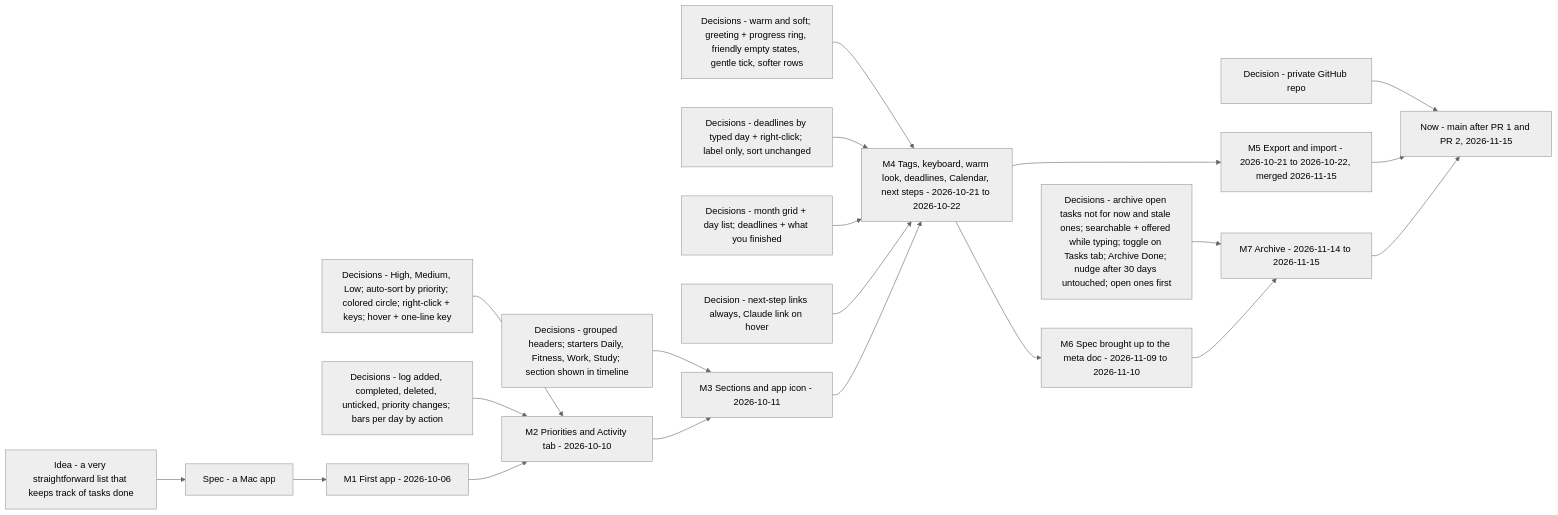
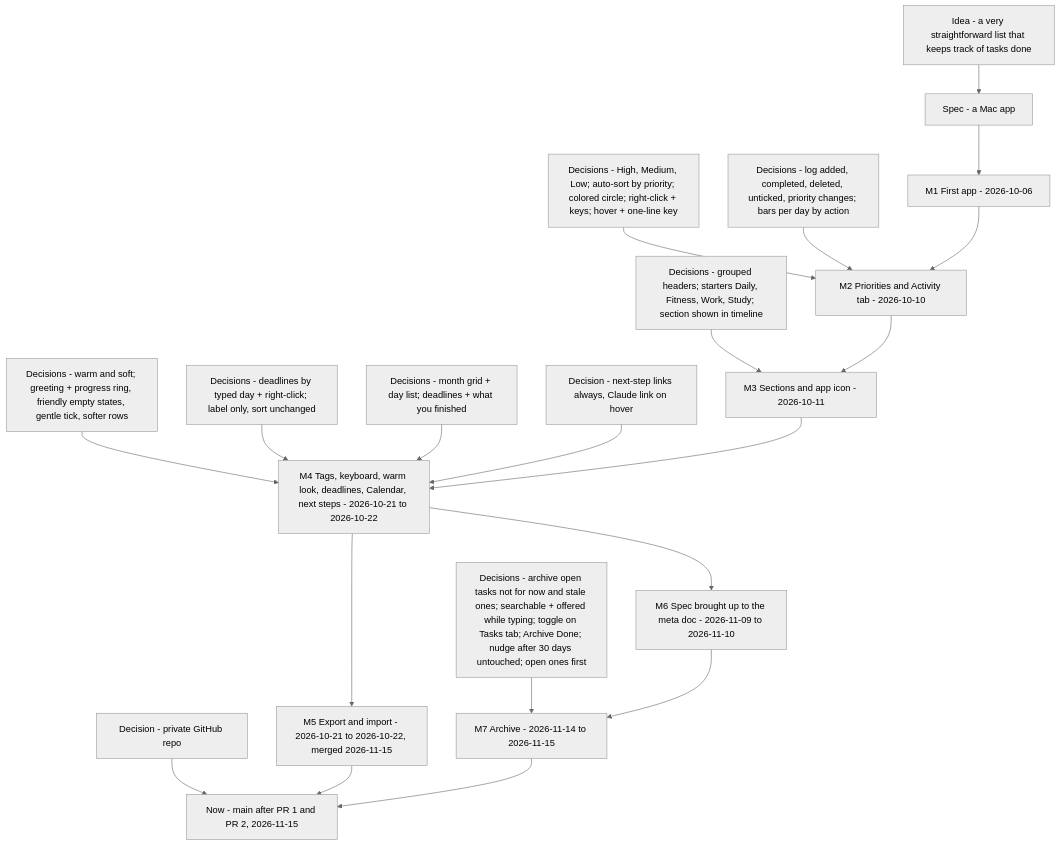
One commit to amalmehta/SuperSimpleTodo changed the first of 3 diagrams in docs/HOW-IT-WAS-BUILT.md. Above: the diagram before and after it, drawn with Mermaid (neutral theme).

Commit message:
Draw the build history top to bottom so it stays readable

````diff
--- a/docs/HOW-IT-WAS-BUILT.md
+++ b/docs/HOW-IT-WAS-BUILT.md
@@ -8,22 +8,22 @@
 ```mermaid
-flowchart LR
+flowchart TD
     idea["Idea - a very straightforward list that keeps track of tasks done"] --> spec["Spec - a Mac app"]
     spec --> m1["M1 First app - 2026-10-06"]
     dPri["Decisions - High, Medium, Low; auto-sort by priority; colored circle; right-click + keys; hover + one-line key"] --> m2
     dAct["Decisions - log added, completed, deleted, unticked, priority changes; bars per day by action"] --> m2
     m1 --> m2["M2 Priorities and Activity tab - 2026-10-10"]
     dSec["Decisions - grouped headers; starters Daily, Fitness, Work, Study; section shown in timeline"] --> m3
     m2 --> m3["M3 Sections and app icon - 2026-10-11"]
     dTone["Decisions - warm and soft; greeting + progress ring, friendly empty states, gentle tick, softer rows"] --> m4
     dDead["Decisions - deadlines by typed day + right-click; label only, sort unchanged"] --> m4
     dCal["Decisions - month grid + day list; deadlines + what you finished"] --> m4
     dNext["Decision - next-step links always, Claude link on hover"] --> m4
     m3 --> m4["M4 Tags, keyboard, warm look, deadlines, Calendar, next steps - 2026-10-21 to 2026-10-22"]
     m4 --> m5["M5 Export and import - 2026-10-21 to 2026-10-22, merged 2026-11-15"]
     m4 --> m6["M6 Spec brought up to the meta doc - 2026-11-09 to 2026-11-10"]
     dArc["Decisions - archive open tasks not for now and stale ones; searchable + offered while typing; toggle on Tasks tab; Archive Done; nudge after 30 days untouched; open ones first"] --> m7
     m6 --> m7["M7 Archive - 2026-11-14 to 2026-11-15"]
     dRepo["Decision - private GitHub repo"] --> now
     m5 --> now["Now - main after PR 1 and PR 2, 2026-11-15"]
     m7 --> now
 ```
````
